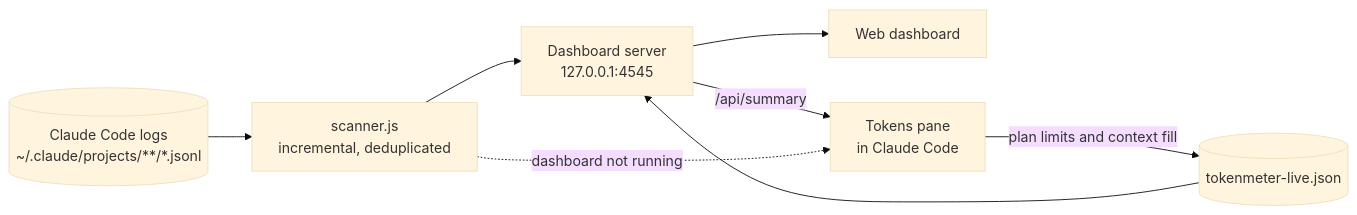
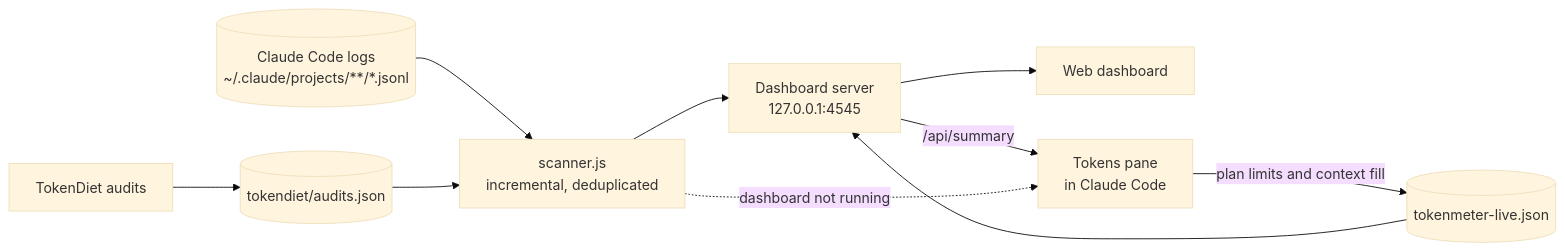
The diagram in README.md (bar-madar/claude-tokenmeter), drawn with Mermaid (base theme) before and after one commit. The commit also changed other lines of this file and 14 other files, not shown here.

First line of the commit message:
Connect Tokenmeter with TokenDiet (0.2.0)

````diff
--- a/README.md
+++ b/README.md
@@ -117,10 +130,12 @@
 ```mermaid
 flowchart LR
   logs[("Claude Code logs<br>~/.claude/projects/**/*.jsonl")] --> scanner["scanner.js<br>incremental, deduplicated"]
   scanner --> server["Dashboard server<br>127.0.0.1:4545"]
   server --> page["Web dashboard"]
   server -- "/api/summary" --> pane["Tokens pane<br>in Claude Code"]
   scanner -. "dashboard not running" .-> pane
   pane -- "plan limits and context fill" --> live[("tokenmeter-live.json")]
   live --> server
+  diet["TokenDiet audits"] --> audits[("tokendiet/audits.json")]
+  audits --> scanner
 ```
````
